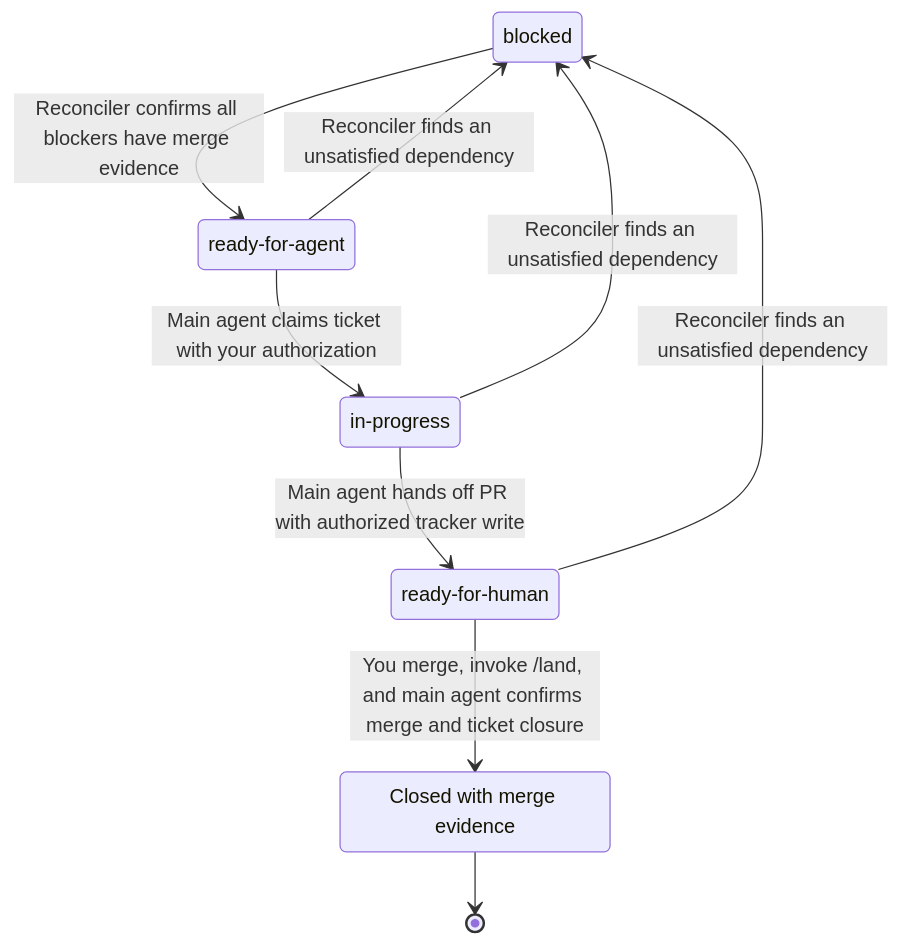
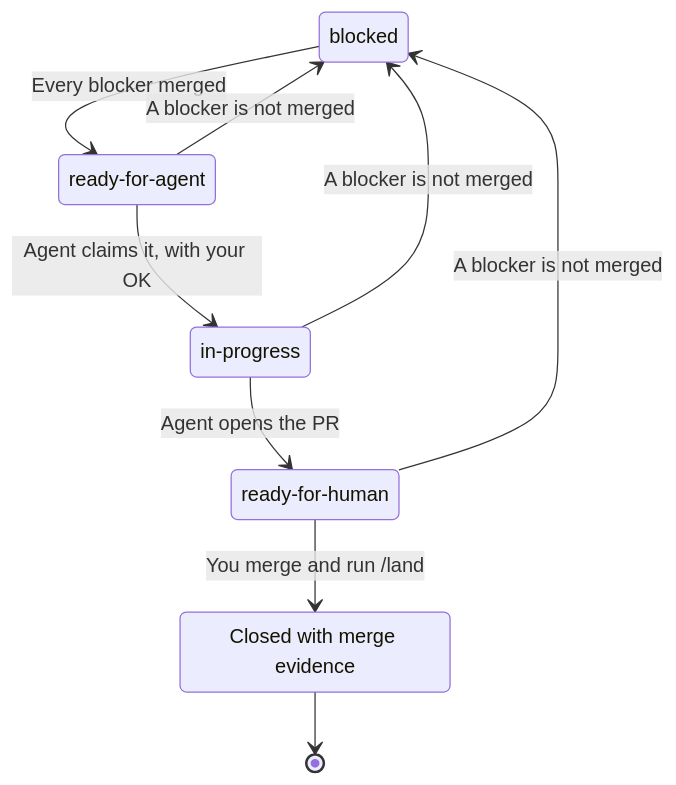
The third of 4 diagrams in docs/workflow.md (jvillegasd/harness), drawn with Mermaid before and after one commit. The commit also changed other lines of this file and 3 other files, not shown here.

First line of the commit message:
docs: shorten the Mermaid diagram labels (#182)

````diff
--- a/docs/workflow.md
+++ b/docs/workflow.md
@@ -237,17 +237,17 @@
 ```mermaid
 stateDiagram-v2
     state "blocked" as Blocked
     state "ready-for-agent" as Ready
     state "in-progress" as Active
     state "ready-for-human" as Handoff
     state "Closed with merge evidence" as Closed
 
-    Blocked --> Ready: Reconciler confirms all blockers have merge evidence
-    Ready --> Active: Main agent claims ticket with your authorization
-    Active --> Handoff: Main agent hands off PR with authorized tracker write
-    Handoff --> Closed: You merge, invoke /land, and main agent confirms merge and ticket closure
-    Ready --> Blocked: Reconciler finds an unsatisfied dependency
-    Active --> Blocked: Reconciler finds an unsatisfied dependency
-    Handoff --> Blocked: Reconciler finds an unsatisfied dependency
+    Blocked --> Ready: Every blocker merged
+    Ready --> Active: Agent claims it, with your OK
+    Active --> Handoff: Agent opens the PR
+    Handoff --> Closed: You merge and run /land
+    Ready --> Blocked: A blocker is not merged
+    Active --> Blocked: A blocker is not merged
+    Handoff --> Blocked: A blocker is not merged
     Closed --> [*]
 ```
````
